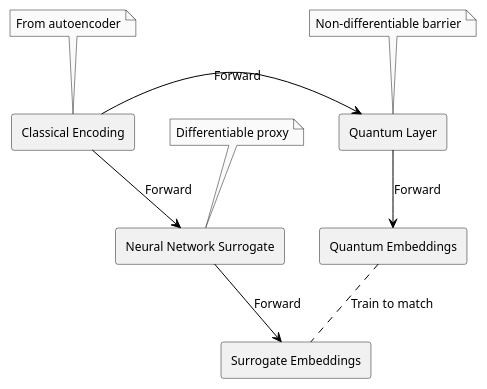
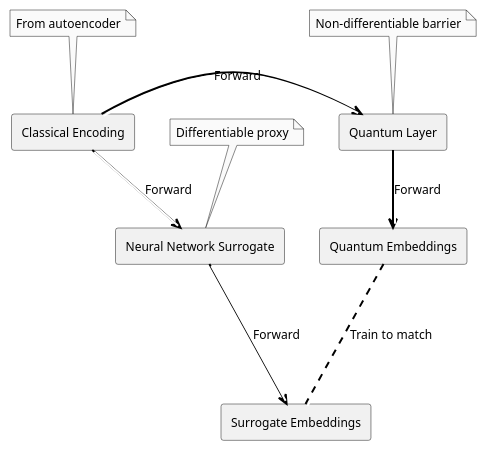
The diagram in docs/diagrams/surrogate_model.puml (NunoMBatista/Neutral-Atom-QGARS), drawn with PlantUML before and after one commit. The commit also changed 4 other files, not shown here.

Commit message:
diagrams fixed

```diff
--- a/docs/diagrams/surrogate_model.puml
+++ b/docs/diagrams/surrogate_model.puml
@@ -1,25 +1,25 @@
 @startuml
 skinparam monochrome true
 skinparam componentStyle rectangle
 skinparam defaultFontName Arial
 skinparam defaultFontSize 12
-skinparam ArrowColor black
+skinparam ArrowThickness 2
 
 component "Classical Encoding" as encoding
 component "Neural Network Surrogate" as surrogate
 component "Quantum Layer" as quantum
 component "Quantum Embeddings" as q_embeddings
 component "Surrogate Embeddings" as s_embeddings
 
 note top of encoding : From autoencoder
 note top of quantum : Non-differentiable barrier
 note top of surrogate : Differentiable proxy
 
-encoding -right-> quantum : Forward
-quantum -down-> q_embeddings : Forward
-encoding -down-> surrogate : Forward
-surrogate -right-> s_embeddings : Forward
+encoding -[#black;#white]right-> quantum : Forward
+quantum -[#black;#white]down-> q_embeddings : Forward
+encoding -[#black;#white]down-> surrogate : Forward
+surrogate -[#black;#white]right-> s_embeddings : Forward
 
-q_embeddings .. s_embeddings : Train to match
+q_embeddings ..[#black;#white]. s_embeddings : Train to match
 
 @enduml
```
